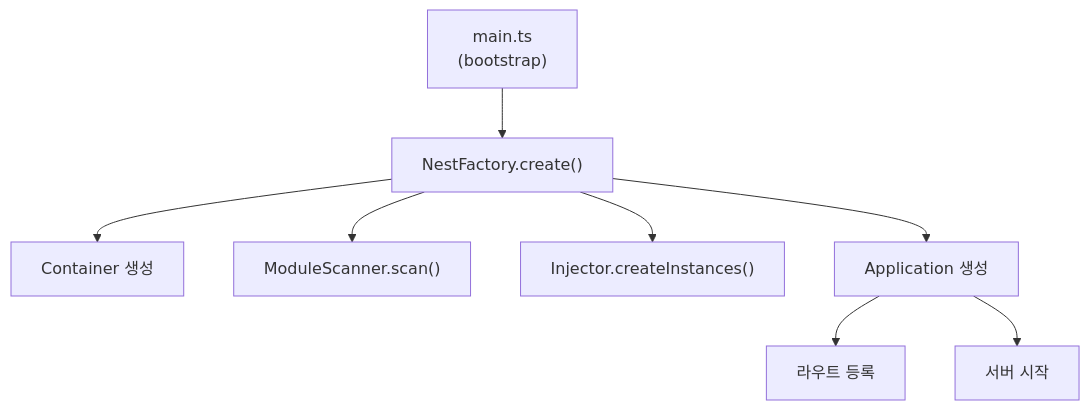
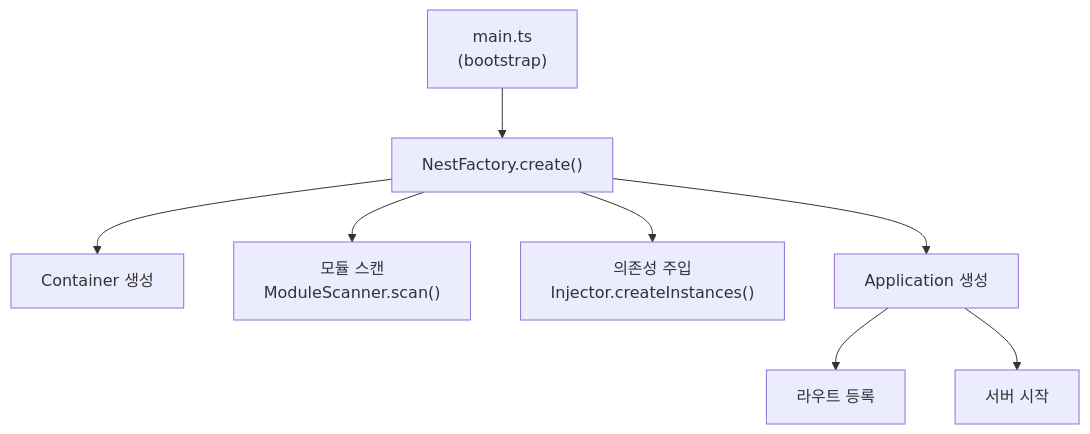
The first of 5 diagrams in README.md (MAHT1990/self_nest), drawn with Mermaid before and after one commit. The commit also changed other lines of this file, not shown here.

Commit message:
[MODIFY]README.md

````diff
--- a/README.md
+++ b/README.md
@@ -37,10 +37,10 @@
 ```mermaid
 flowchart TD
-    Main["main.ts\n(bootstrap)"] --> NF["NestFactory.create()"]
+    Main["main.ts<br>(bootstrap)"] --> NF["NestFactory.create()"]
     NF --> Container["Container 생성"]
-    NF --> MS["ModuleScanner.scan()"]
-    NF --> Injector["Injector.createInstances()"]
+    NF --> MS["모듈 스캔<br>ModuleScanner.scan()"]
+    NF --> Injector["의존성 주입<br>Injector.createInstances()"]
     NF --> App["Application 생성"]
     App --> RegisterRoutes["라우트 등록"]
     App --> Listen["서버 시작"]
 ```
````
